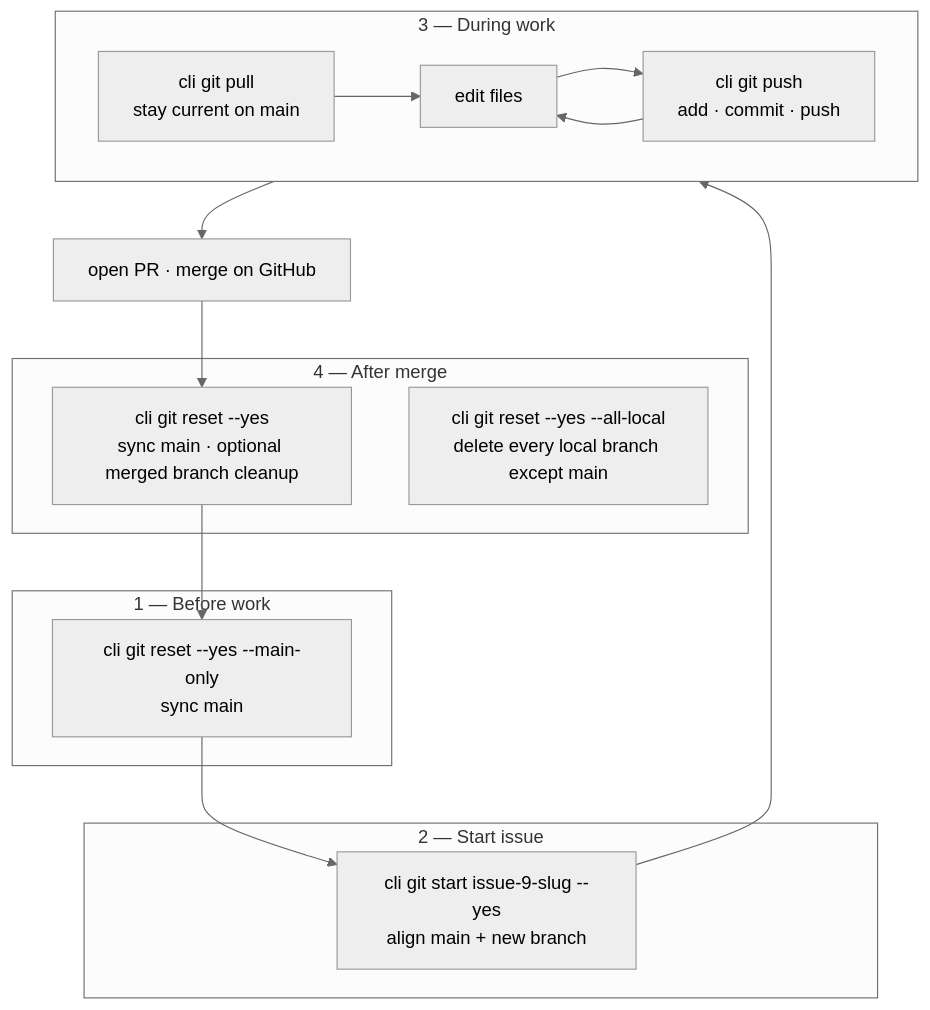
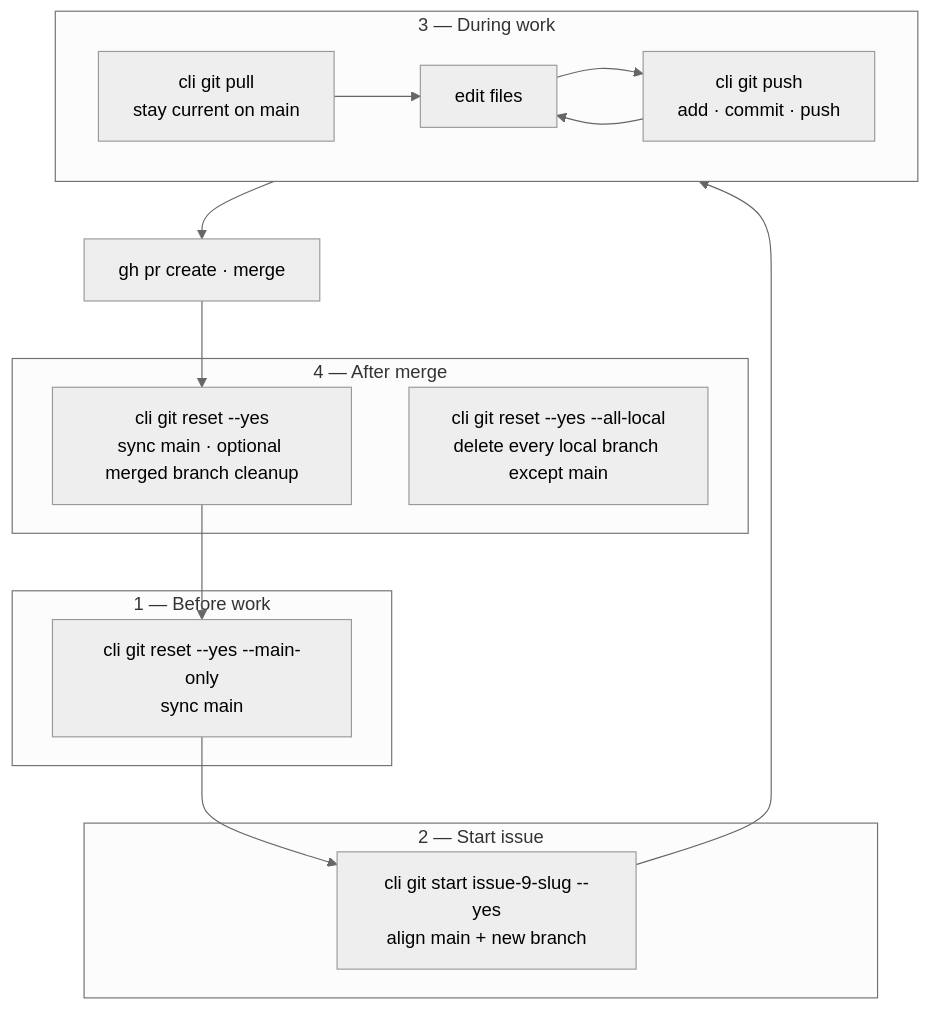
One commit to gardusig/cli changed the first of 7 diagrams in docs/workflows.md. Above: the diagram before and after it, drawn with Mermaid (neutral theme). The commit also changed other lines of this file and 229 other files, not shown here.

````diff
--- a/docs/workflows.md
+++ b/docs/workflows.md
@@ -7,29 +29,29 @@
 ```mermaid
 flowchart TD
     subgraph before [1 — Before work]
         P["cli git reset --yes --main-only<br/>sync main"]
     end
 
     subgraph start [2 — Start issue]
         K["cli git start issue-9-slug --yes<br/>align main + new branch"]
     end
 
     subgraph loop [3 — During work]
         D["edit files"]
         S["cli git push<br/>add · commit · push"]
         Y["cli git pull<br/>stay current on main"]
         D --> S
         S --> D
         Y --> D
     end
 
     subgraph after [4 — After merge]
         L["cli git reset --yes<br/>sync main · optional merged branch cleanup"]
         L2["cli git reset --yes --all-local<br/>delete every local branch except main"]
     end
 
     P --> K --> loop
-    loop --> PR["open PR · merge on GitHub"]
+    loop --> PR["gh pr create · merge"]
     PR --> L
     L --> P
 ```
````
